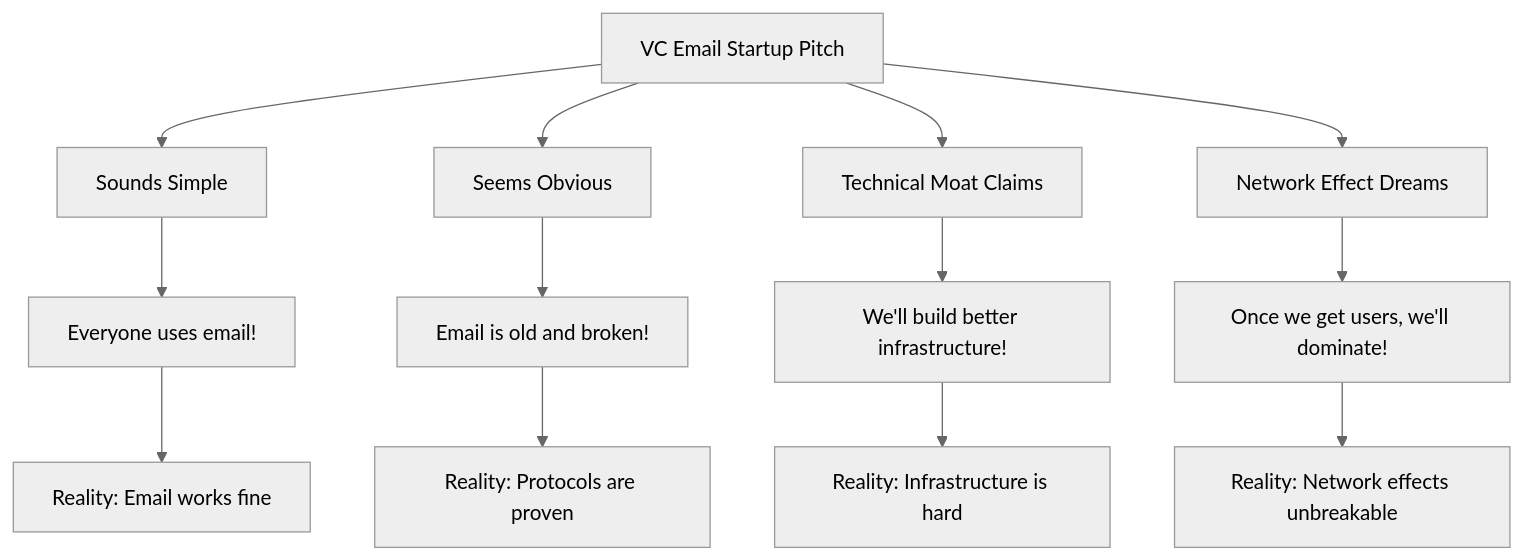
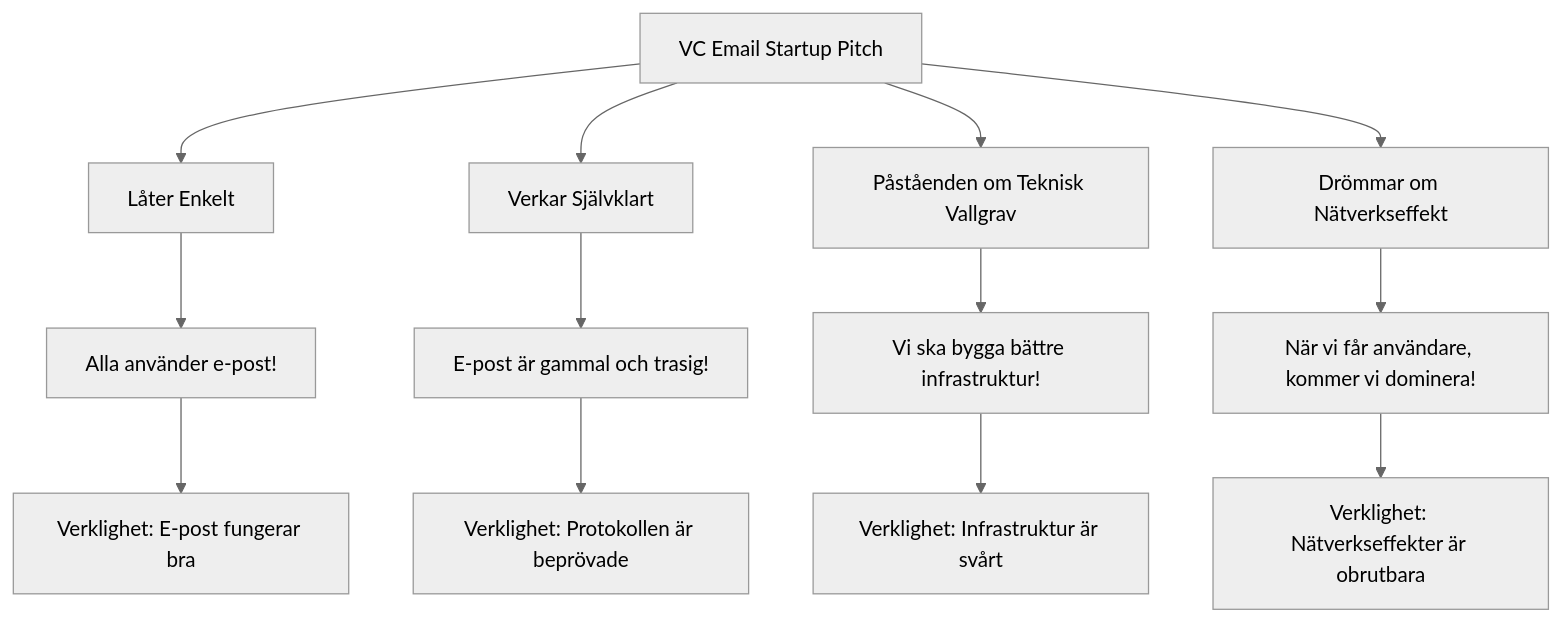
Before and after one commit to forwardemail/forwardemail.net: the third of 10 diagrams in app/views/docs/email-startup-graveyard-why-80-percent-email-companies-fail/index-sv.md, drawn with Mermaid (neutral theme). The commit also changed other lines of this file and 1055 other files, not shown here.

````diff
--- a/app/views/docs/email-startup-graveyard-why-80-percent-email-companies-fail/index-sv.md
+++ b/app/views/docs/email-startup-graveyard-why-80-percent-email-companies-fail/index-sv.md
@@ -275,17 +274,17 @@
 ```mermaid
 graph TD
-    A[VC Email Startup Pitch] --> B[Sounds Simple]
-    A --> C[Seems Obvious]
-    A --> D[Technical Moat Claims]
-    A --> E[Network Effect Dreams]
+    A[VC Email Startup Pitch] --> B[Låter Enkelt]
+    A --> C[Verkar Självklart]
+    A --> D[Påståenden om Teknisk Vallgrav]
+    A --> E[Drömmar om Nätverkseffekt]
 
-    B --> F[Everyone uses email!]
-    C --> G[Email is old and broken!]
-    D --> H[We'll build better infrastructure!]
-    E --> I[Once we get users, we'll dominate!]
+    B --> F[Alla använder e-post!]
+    C --> G[E-post är gammal och trasig!]
+    D --> H[Vi ska bygga bättre infrastruktur!]
+    E --> I[När vi får användare, kommer vi dominera!]
 
-    F --> J[Reality: Email works fine]
-    G --> K[Reality: Protocols are proven]
-    H --> L[Reality: Infrastructure is hard]
-    I --> M[Reality: Network effects unbreakable]
+    F --> J[Verklighet: E-post fungerar bra]
+    G --> K[Verklighet: Protokollen är beprövade]
+    H --> L[Verklighet: Infrastruktur är svårt]
+    I --> M[Verklighet: Nätverkseffekter är obrutbara]
 ```
````
